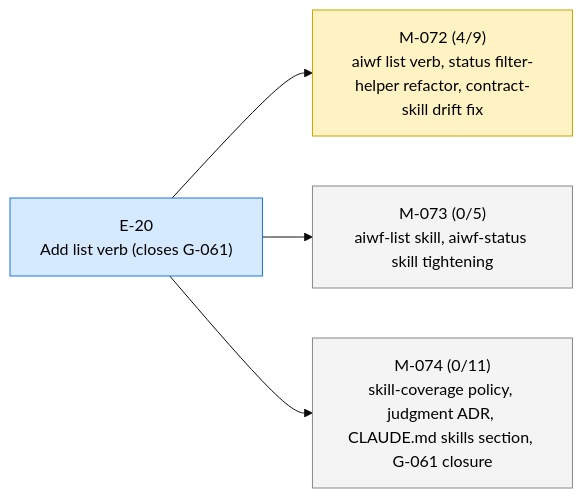
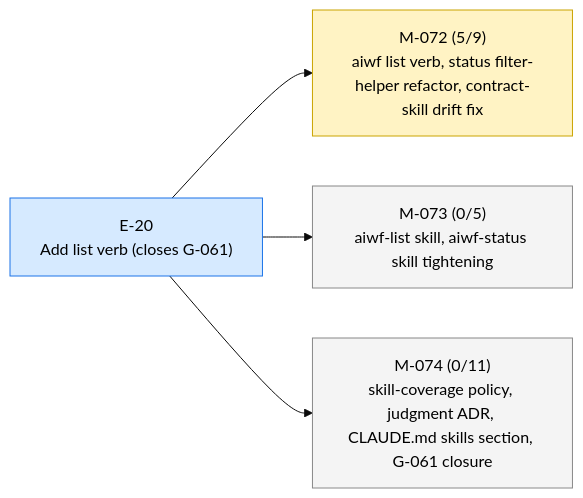
The first of 2 diagrams in STATUS.md (23min/aiwf), drawn with Mermaid (base theme) before and after one commit. The commit also changed other lines of this file and 1 other file, not shown here.

First line of the commit message:
aiwf promote M-072/AC-3 open -> met

````diff
--- a/STATUS.md
+++ b/STATUS.md
@@ -13,16 +13,16 @@
 ```mermaid
 flowchart LR
   E_20["E-20<br/>Add list verb (closes G-061)"]:::epic_active
-  M_072["M-072 (4/9)<br/>aiwf list verb, status filter-helper refactor, contract-skill drift fix"]:::ms_in_progress
+  M_072["M-072 (5/9)<br/>aiwf list verb, status filter-helper refactor, contract-skill drift fix"]:::ms_in_progress
   E_20 --> M_072
   M_073["M-073 (0/5)<br/>aiwf-list skill, aiwf-status skill tightening"]:::ms_draft
   E_20 --> M_073
   M_074["M-074 (0/11)<br/>skill-coverage policy, judgment ADR, CLAUDE.md skills section, G-061 closure"]:::ms_draft
   E_20 --> M_074
   classDef epic_active fill:#d6eaff,stroke:#1a73e8,color:#000
   classDef epic_proposed fill:#f4f4f4,stroke:#888,color:#000
   classDef ms_done fill:#d8f5d8,stroke:#2a8a2a,color:#000
   classDef ms_in_progress fill:#fff3c4,stroke:#caa400,color:#000
   classDef ms_draft fill:#f4f4f4,stroke:#888,color:#000
   classDef ms_cancelled fill:#fbeaea,stroke:#c33,color:#000
 ```
````
